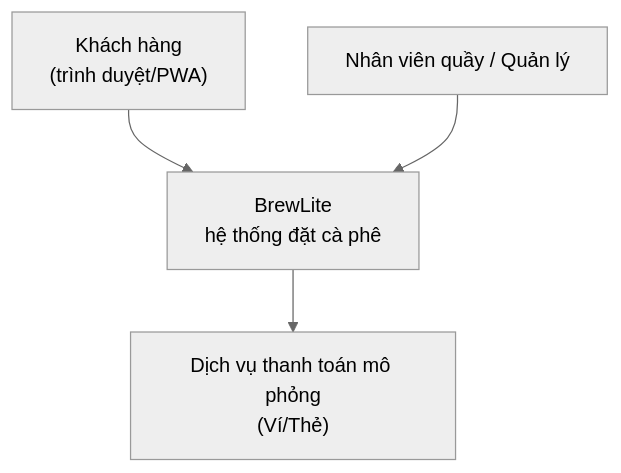
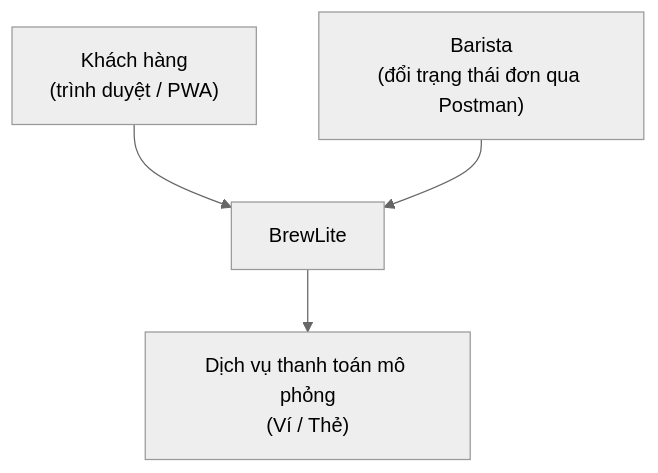
The first of 2 diagrams in docs/architecture/architecture.md (DuVinhLoi/BrewLite), drawn with Mermaid (neutral theme) before and after one commit. The commit also changed other lines of this file and 16 other files, not shown here.

Commit message:
feat: setup architecture for task 3

````diff
--- a/docs/architecture/architecture.md
+++ b/docs/architecture/architecture.md
@@ -9,6 +9,6 @@
 ```mermaid
 flowchart TB
-  KH["Khách hàng<br/>(trình duyệt/PWA)"] --> BL["BrewLite<br/>hệ thống đặt cà phê"]
-  NV["Nhân viên quầy / Quản lý"] --> BL
-  BL --> PAY["Dịch vụ thanh toán mô phỏng<br/>(Ví/Thẻ)"]
+  KH["Khách hàng\n(trình duyệt / PWA)"] --> BL["BrewLite"]
+  BAR["Barista\n(đổi trạng thái đơn qua Postman)"] --> BL
+  BL --> PAY["Dịch vụ thanh toán mô phỏng\n(Ví / Thẻ)"]
 ```
````
